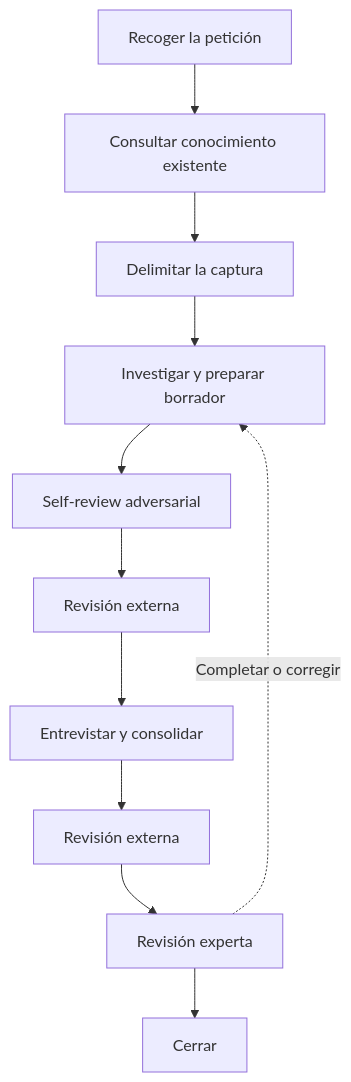
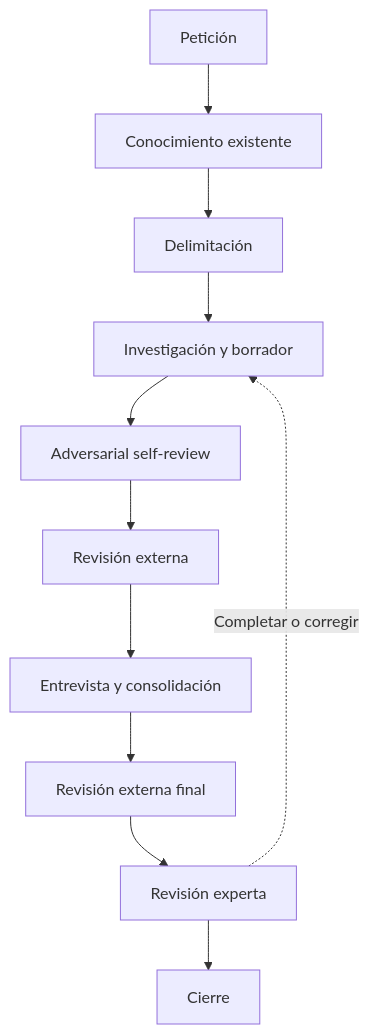
Before and after one commit to davidbalivo/skills: the diagram in skills/engineering/dna-harvest/SKILL.md, drawn with Mermaid. The commit also changed other lines of this file, not shown here.

````diff
--- a/skills/engineering/dna-harvest/SKILL.md
+++ b/skills/engineering/dna-harvest/SKILL.md
@@ -187,13 +187,13 @@
 ```mermaid
 flowchart TD
-    P[Recoger la petición] --> K[Consultar conocimiento existente]
-    K --> A[Delimitar la captura]
-    A --> B[Investigar y preparar borrador]
-    B --> S[Self-review adversarial]
+    P[Petición] --> K[Conocimiento existente]
+    K --> A[Delimitación]
+    A --> B[Investigación y borrador]
+    B --> S[Adversarial self-review]
     S --> R[Revisión externa]
-    R --> C[Entrevistar y consolidar]
-    C --> R2[Revisión externa]
+    R --> C[Entrevista y consolidación]
+    C --> R2[Revisión externa final]
     R2 --> D[Revisión experta]
-    D --> E[Cerrar]
+    D --> E[Cierre]
     D -.->|Completar o corregir| B
 ```
````
